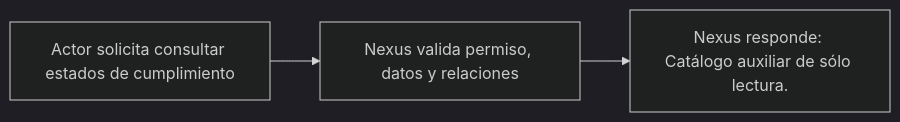
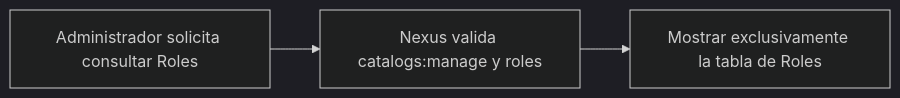
One commit to gpgsistemas01/nexus changed the diagram in docs/requirements/diagrams/catalogs/cu-cat-30.md. Above: the diagram before and after it, drawn with Mermaid (dark theme). The commit also changed other lines of this file and 126 other files, not shown here.

````diff
--- a/docs/requirements/diagrams/catalogs/cu-cat-30.md
+++ b/docs/requirements/diagrams/catalogs/cu-cat-30.md
@@ -3,5 +3,5 @@
 ```mermaid
 flowchart LR
-    request["Actor solicita consultar estados de cumplimiento"] --> validate["Nexus valida permiso, datos y relaciones"]
-    validate --> result["Nexus responde: Catálogo auxiliar de sólo lectura."]
+    request["Administrador solicita consultar Roles"] --> authorize["Nexus valida catalogs:manage y roles"]
+    authorize --> result["Mostrar exclusivamente la tabla de Roles"]
 ```
````
